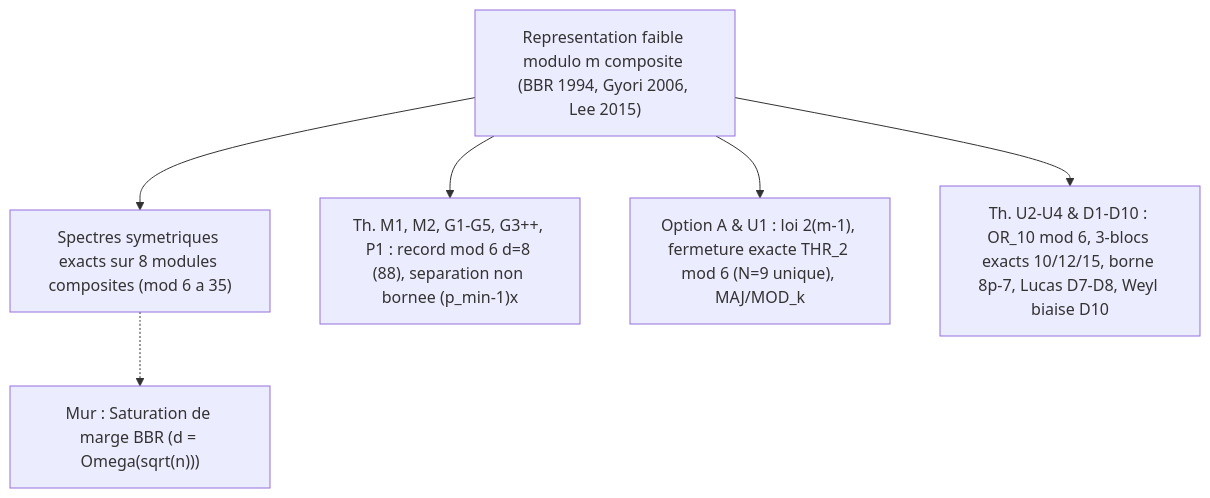
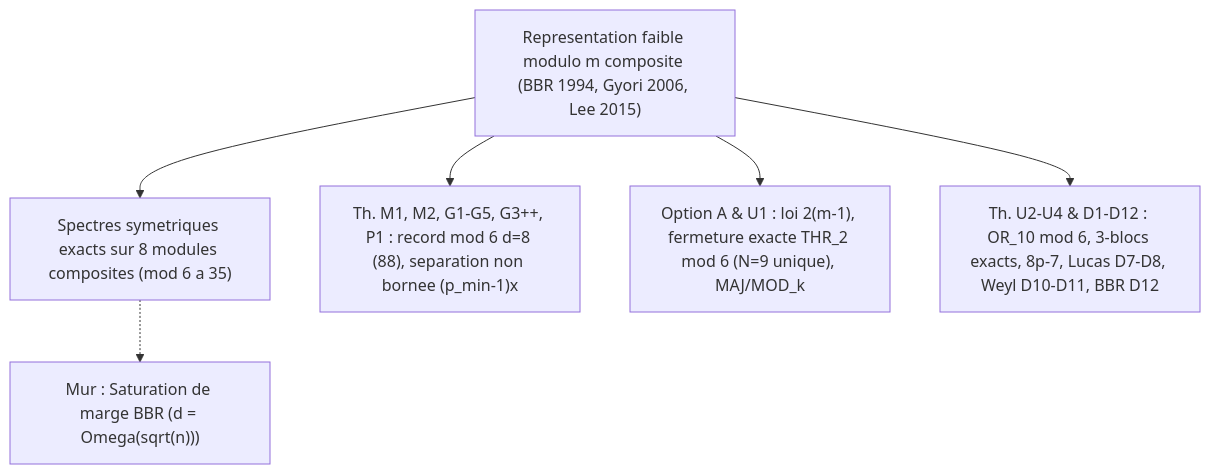
The diagram in axe2_mod_composite_polynomials/RAPPORT.md (Axel-Bouchery/P-NP), drawn with Mermaid before and after one commit. The commit also changed other lines of this file and 14 other files, not shown here.

Commit message:
feat(axe2): add Theorems D11 (dense signed graphs & CRT rank) and D12 (BBR k-block & semi-symmetric closures)

````diff
--- a/axe2_mod_composite_polynomials/RAPPORT.md
+++ b/axe2_mod_composite_polynomials/RAPPORT.md
@@ -61,9 +61,9 @@
 ```mermaid
 flowchart TD
     Root["Representation faible modulo m composite (BBR 1994, Gyori 2006, Lee 2015)"]
     Root --> A2a["Spectres symetriques exacts sur 8 modules composites (mod 6 a 35)"]
     Root --> A2b["Th. M1, M2, G1-G5, G3++, P1 : record mod 6 d=8 (88), separation non bornee (p_min-1)x"]
     Root --> A2c["Option A & U1 : loi 2(m-1), fermeture exacte THR_2 mod 6 (N=9 unique), MAJ/MOD_k"]
-    Root --> A2d["Th. U2-U4 & D1-D10 : OR_10 mod 6, 3-blocs exacts 10/12/15, borne 8p-7, Lucas D7-D8, Weyl biaise D10"]
+    Root --> A2d["Th. U2-U4 & D1-D12 : OR_10 mod 6, 3-blocs exacts, 8p-7, Lucas D7-D8, Weyl D10-D11, BBR D12"]
     A2a -.-> M3["Mur : Saturation de marge BBR (d = Omega(sqrt(n)))"]
 ```
````
